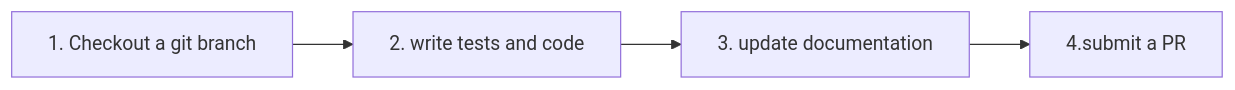
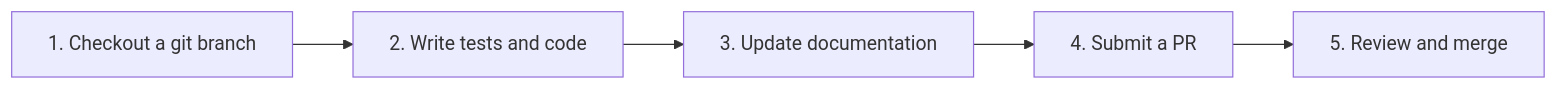
One commit to mermaid-js/mermaid changed the diagram in docs/community/development.md. Above: the diagram before and after it, drawn with Mermaid. The commit also changed other lines of this file and 1 other file, not shown here.

````diff
--- a/docs/community/development.md
+++ b/docs/community/development.md
@@ -84,4 +84,4 @@
 ```mermaid
 graph LR
-    git[1. Checkout a  git branch] --> codeTest[2. write tests and code] --> doc[3. update documentation] --> submit[4.submit a PR]
+    git[1. Checkout a  git branch] --> codeTest[2. Write tests and code] --> doc[3. Update documentation] --> submit[4. Submit a PR] --> review[5. Review and merge]
 ```
````
